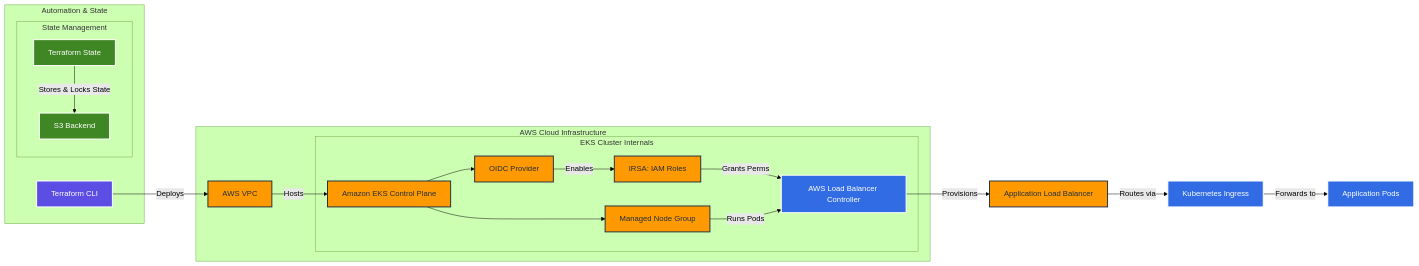
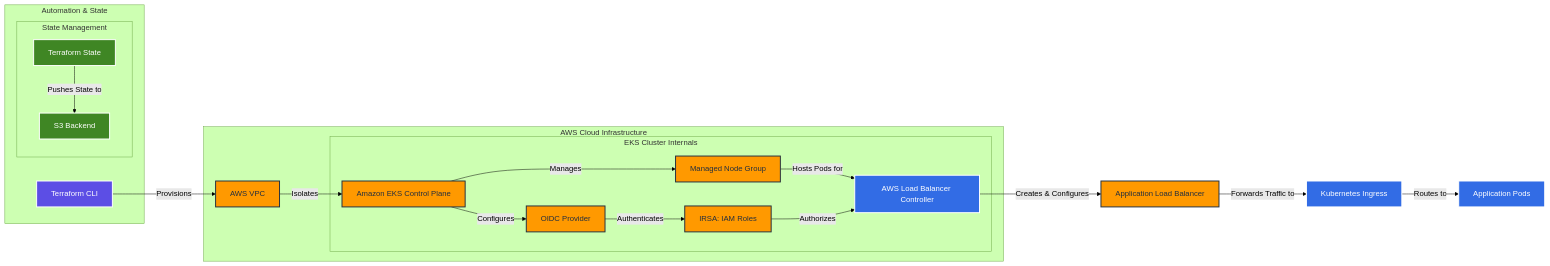
One commit to whosthefunkyy/aws-eks-infrastructure changed the diagram in README.md. Above: the diagram before and after it, drawn with Mermaid (forest theme).

````diff
--- a/README.md
+++ b/README.md
@@ -1,38 +1,38 @@
 ```mermaid
 graph LR
     %% Base Styling
     classDef tf fill:#5C4EE5,stroke:#fff,stroke-width:2px,color:#fff;
     classDef aws fill:#FF9900,stroke:#232F3E,stroke-width:2px,color:#232F3E;
     classDef k8s fill:#326CE5,stroke:#fff,stroke-width:2px,color:#fff;
     classDef storage fill:#3F8624,stroke:#fff,stroke-width:2px,color:#fff;
 
     %% Left Side: Management & Automation
     subgraph Management [Automation & State]
         TF[Terraform CLI]:::tf
         subgraph State_Management [State Management]
-            TF_State[Terraform State]:::storage -->|Stores & Locks State| S3[S3 Backend]:::storage
+            TF_State[Terraform State]:::storage -->|Pushes State to| S3[S3 Backend]:::storage
         end
     end
 
     %% Main Flow to Infrastructure
-    TF -->|Deploys| VPC[AWS VPC]:::aws
+    TF -->|Provisions| VPC[AWS VPC]:::aws
 
     %% Cloud Infrastructure
     subgraph AWS_Cloud [AWS Cloud Infrastructure]
-        VPC -->|Hosts| EKS[Amazon EKS Control Plane]:::aws
+        VPC -->|Isolates| EKS[Amazon EKS Control Plane]:::aws
         
         subgraph EKS_Cluster [EKS Cluster Internals]
-            EKS --> OIDC[OIDC Provider]:::aws
-            OIDC -->|Enables| IRSA[IRSA: IAM Roles]:::aws
-            IRSA -->|Grants Perms| LBC[AWS Load Balancer Controller]:::k8s
+            EKS -->|Manages| MNG[Managed Node Group]:::aws
+            EKS -->|Configures| OIDC[OIDC Provider]:::aws
+            OIDC -->|Authenticates| IRSA[IRSA: IAM Roles]:::aws
             
-            EKS --> MNG[Managed Node Group]:::aws
-            MNG -->|Runs Pods| LBC
+            MNG -->|Hosts Pods for| LBC[AWS Load Balancer Controller]:::k8s
+            IRSA -->|Authorizes| LBC
         end
     end
 
-    %% Right Side: Traffic Flow
-    LBC -->|Provisions| ALB[Application Load Balancer]:::aws
-    ALB -->|Routes via| Ingress[Kubernetes Ingress]:::k8s
-    Ingress -->|Forwards to| Pods[Application Pods]:::k8s
+    %% Right Side: Infrastructure Management
+    LBC -->|Creates & Configures| ALB[Application Load Balancer]:::aws
+    ALB -->|Forwards Traffic to| Ingress[Kubernetes Ingress]:::k8s
+    Ingress -->|Routes to| Pods[Application Pods]:::k8s
 ```
````
